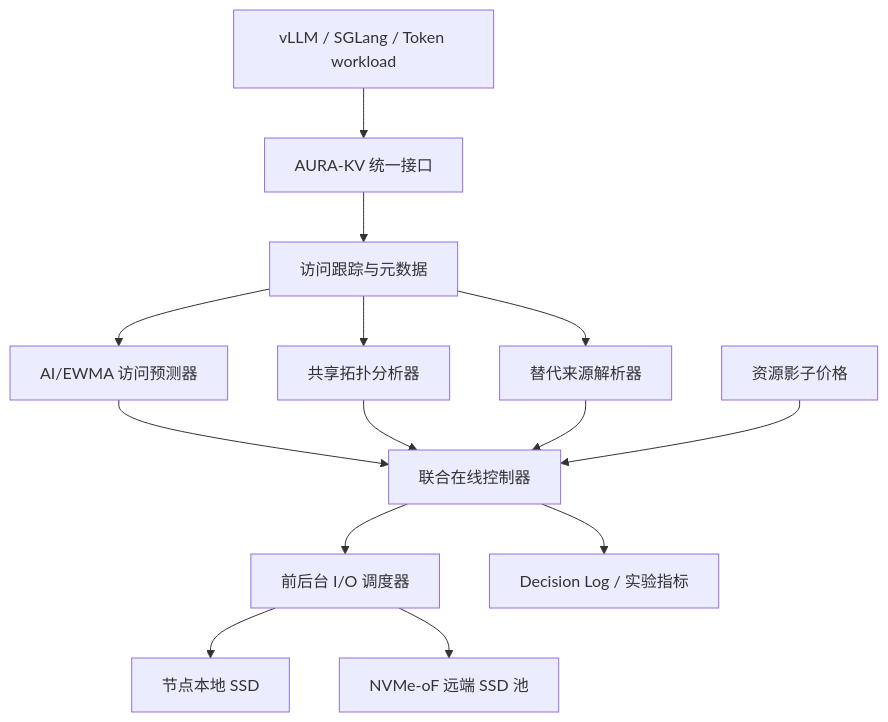
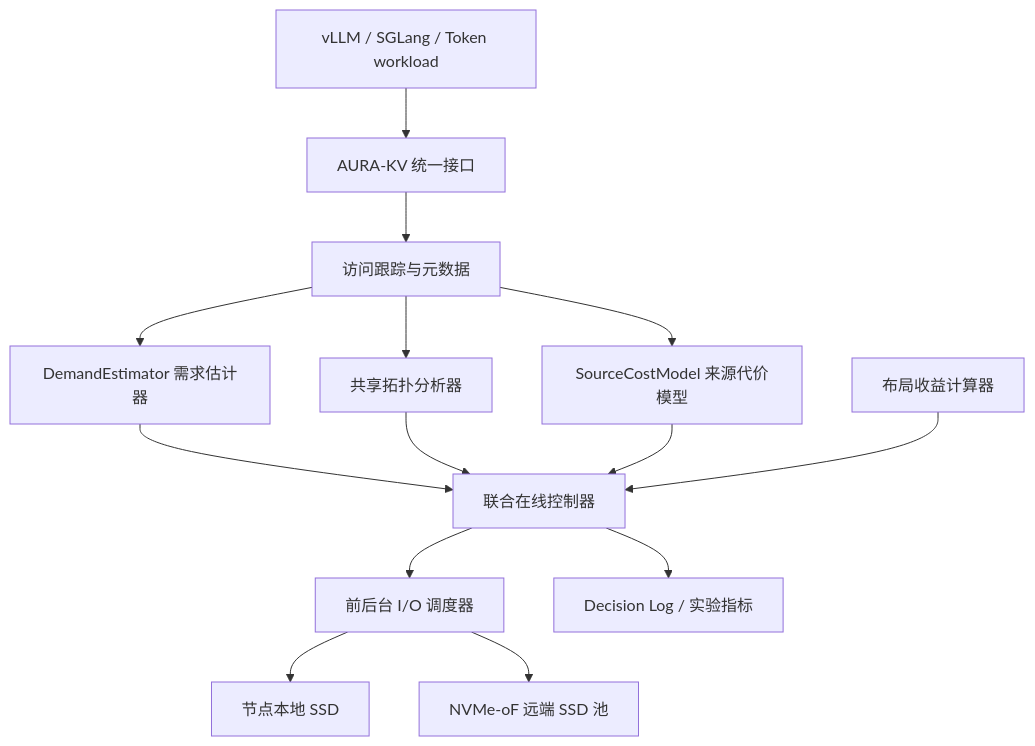
Before and after one commit to yxtmfz/tokenfs: the first of 2 diagrams in docs/aura_kv_overview.md, drawn with Mermaid. The commit also changed other lines of this file and 29 other files, not shown here.

Commit message:
feat: replace AURA-KV scoring with cost model

````diff
--- a/docs/aura_kv_overview.md
+++ b/docs/aura_kv_overview.md
@@ -147,16 +148,16 @@
 ```mermaid
 flowchart TD
     A["vLLM / SGLang / Token workload"] --> B["AURA-KV 统一接口"]
     B --> C["访问跟踪与元数据"]
-    C --> D["AI/EWMA 访问预测器"]
+    C --> D["DemandEstimator 需求估计器"]
     C --> E["共享拓扑分析器"]
-    C --> F["替代来源解析器"]
+    C --> F["SourceCostModel 来源代价模型"]
     D --> G["联合在线控制器"]
     E --> G
     F --> G
-    H["资源影子价格"] --> G
+    H["布局收益计算器"] --> G
     G --> I["前后台 I/O 调度器"]
     I --> J["节点本地 SSD"]
     I --> K["NVMe-oF 远端 SSD 池"]
     G --> L["Decision Log / 实验指标"]
 ```
````
